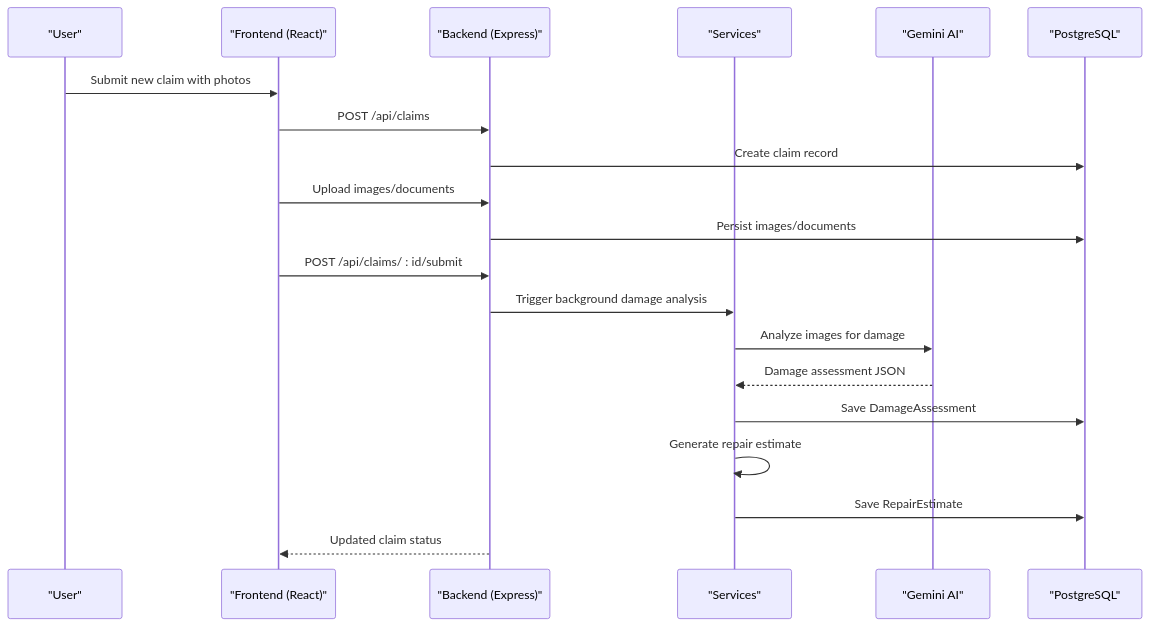
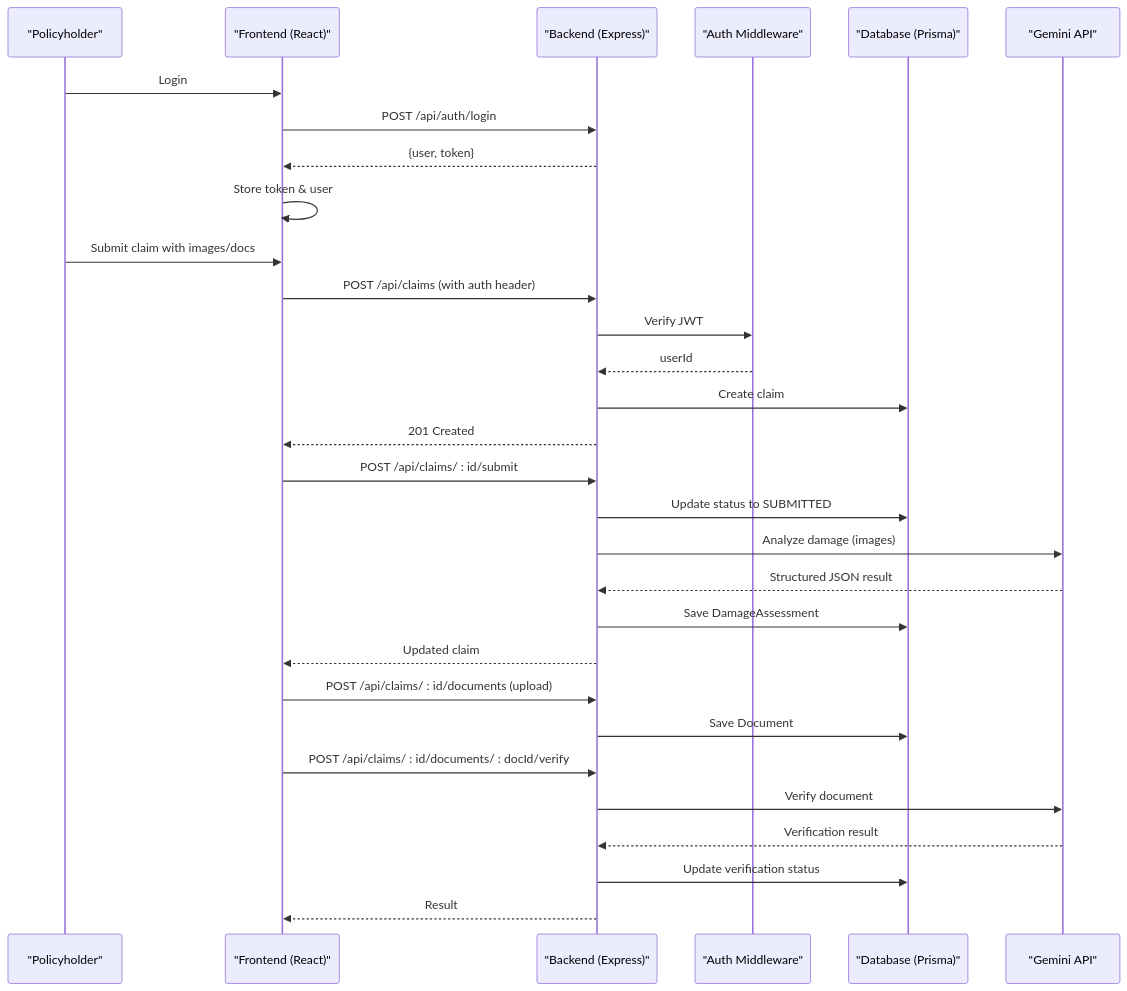
Before and after one commit to NaveenHiranya/Smart-Vehicle-Insurance-Claim-System: the second of 6 diagrams in .qoder/repowiki/en/content/Project Overview.md, drawn with Mermaid. The commit also changed other lines of this file and 183 other files, not shown here.

````diff
--- a/.qoder/repowiki/en/content/Project Overview.md
+++ b/.qoder/repowiki/en/content/Project Overview.md
@@ -124,22 +121,32 @@
 ```mermaid
 sequenceDiagram
-participant U as "User"
+participant User as "Policyholder"
 participant FE as "Frontend (React)"
 participant API as "Backend (Express)"
-participant SVC as "Services"
-participant AI as "Gemini AI"
-participant DB as "PostgreSQL"
-U->>FE : Submit new claim with photos
-FE->>API : POST /api/claims
-API->>DB : Create claim record
-FE->>API : Upload images/documents
-API->>DB : Persist images/documents
+participant Auth as "Auth Middleware"
+participant DB as "Database (Prisma)"
+participant AI as "Gemini API"
+User->>FE : Login
+FE->>API : POST /api/auth/login
+API-->>FE : {user, token}
+FE->>FE : Store token & user
+User->>FE : Submit claim with images/docs
+FE->>API : POST /api/claims (with auth header)
+API->>Auth : Verify JWT
+Auth-->>API : userId
+API->>DB : Create claim
+API-->>FE : 201 Created
 FE->>API : POST /api/claims/ : id/submit
-API->>SVC : Trigger background damage analysis
-SVC->>AI : Analyze images for damage
-AI-->>SVC : Damage assessment JSON
-SVC->>DB : Save DamageAssessment
-SVC->>SVC : Generate repair estimate
-SVC->>DB : Save RepairEstimate
-API-->>FE : Updated claim status
+API->>DB : Update status to SUBMITTED
+API->>AI : Analyze damage (images)
+AI-->>API : Structured JSON result
+API->>DB : Save DamageAssessment
+API-->>FE : Updated claim
+FE->>API : POST /api/claims/ : id/documents (upload)
+API->>DB : Save Document
+FE->>API : POST /api/claims/ : id/documents/ : docId/verify
+API->>AI : Verify document
+AI-->>API : Verification result
+API->>DB : Update verification status
+API-->>FE : Result
 ```
````
